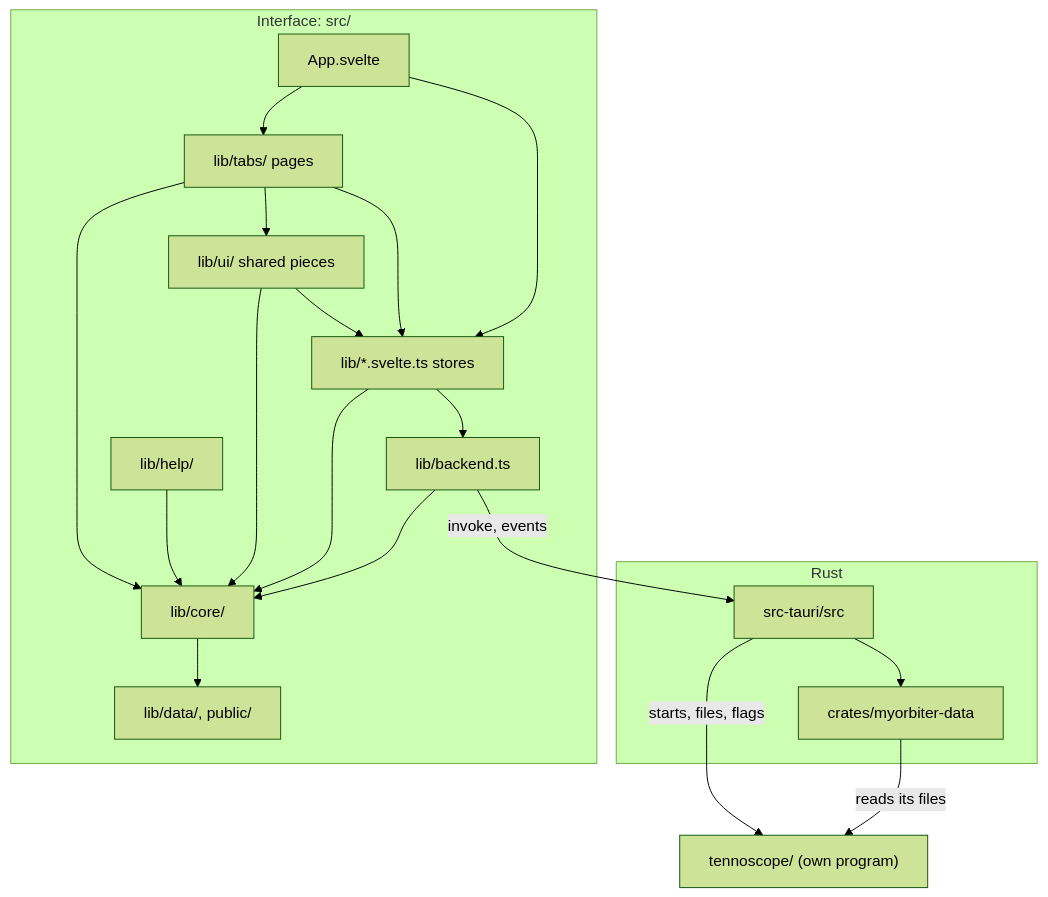
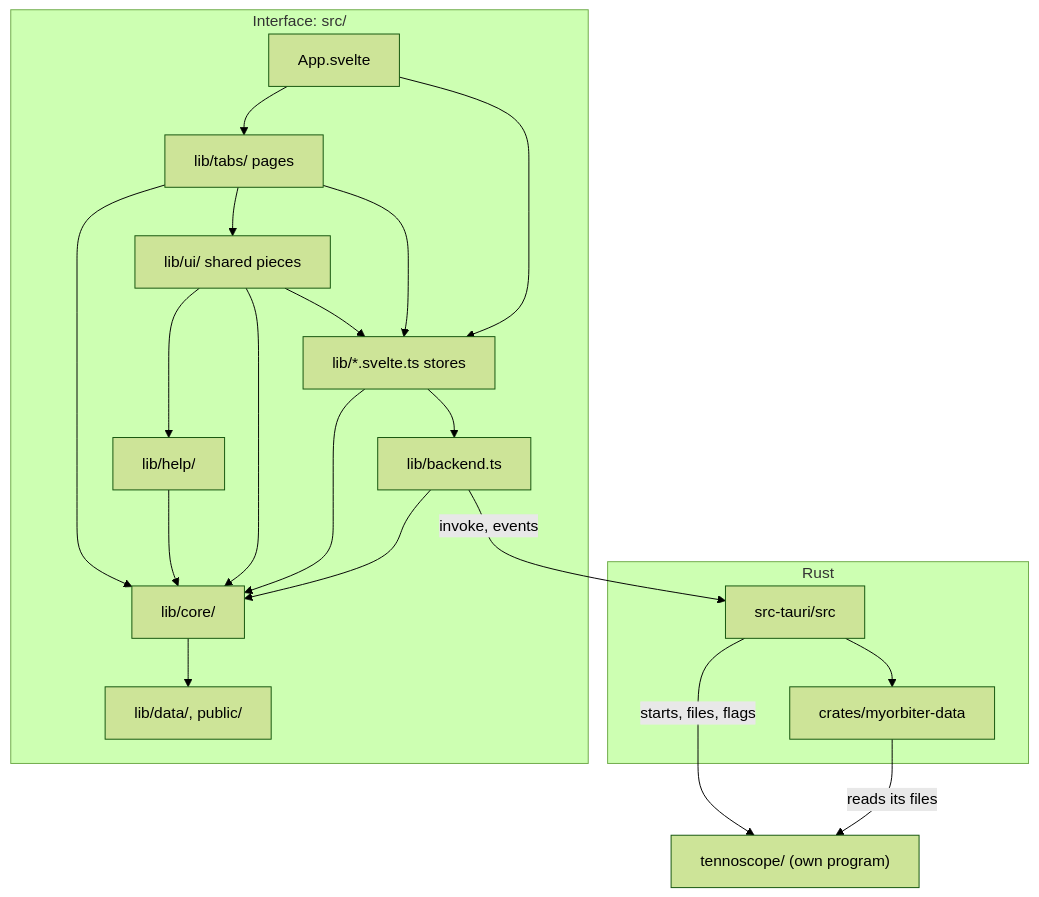
One commit to ShezissSnake/myorbiter changed the first of 6 diagrams in docs/architecture.md. Above: the diagram before and after it, drawn with Mermaid (forest theme). The commit also changed other lines of this file, not shown here.

First line of the commit message:
Widen the shared pieces border in the architecture overview

````diff
--- a/docs/architecture.md
+++ b/docs/architecture.md
@@ -13,34 +13,35 @@
 ```mermaid
 flowchart TB
   subgraph rust["Rust"]
     data["crates/myorbiter-data"]
     app["src-tauri/src"]
   end
   subgraph ui["Interface: src/"]
     bridge["lib/backend.ts"]
     core["lib/core/"]
     stores["lib/*.svelte.ts stores"]
     shell["App.svelte"]
     tabs["lib/tabs/ pages"]
     shared["lib/ui/ shared pieces"]
     help["lib/help/"]
     bundled["lib/data/, public/"]
   end
   ts["tennoscope/ (own program)"]
   app --> data
   bridge -->|"invoke, events"| app
   bridge --> core
   stores --> bridge
   stores --> core
   shell --> stores
   shell --> tabs
   tabs --> stores
   tabs --> shared
   tabs --> core
   shared --> stores
   shared --> core
+  shared --> help
   help --> core
   core --> bundled
   app -->|"starts, files, flags"| ts
   data -->|"reads its files"| ts
 ```
````
